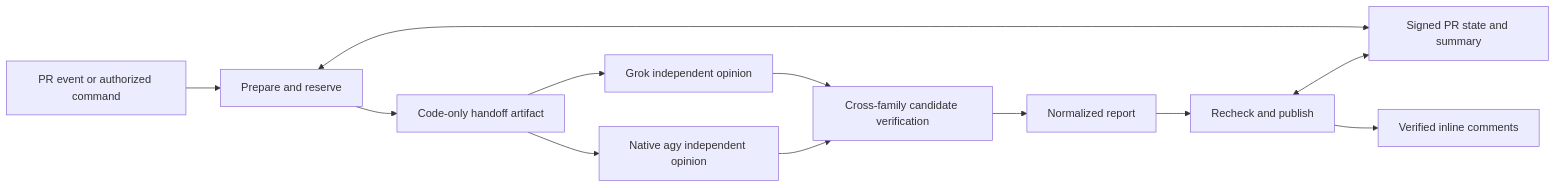
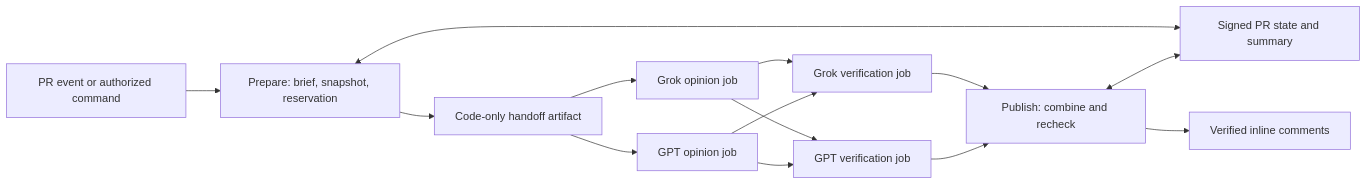
The diagram in docs/architecture.md (reed-yang/independent-pr-review), drawn with Mermaid before and after one commit. The commit also changed other lines of this file and 7 other files, not shown here.

````diff
--- a/docs/architecture.md
+++ b/docs/architecture.md
@@ -3,14 +3,16 @@
 ```mermaid
 flowchart LR
-    E[PR event or authorized command] --> P[Prepare and reserve]
+    E[PR event or authorized command] --> P[Prepare: brief, snapshot, reservation]
     P --> H[Code-only handoff artifact]
-    H --> G[Grok independent opinion]
-    H --> A[Native agy independent opinion]
-    G --> V[Cross-family candidate verification]
-    A --> V
-    V --> R[Normalized report]
-    R --> D[Recheck and publish]
+    H --> G[Grok opinion job]
+    H --> C[GPT opinion job]
+    G --> VG[Grok verification job]
+    C --> VG
+    G --> VC[GPT verification job]
+    C --> VC
+    VG --> D[Publish: combine and recheck]
+    VC --> D
     P <--> S[Signed PR state and summary]
     D <--> S
     D --> I[Verified inline comments]
 ```
````
